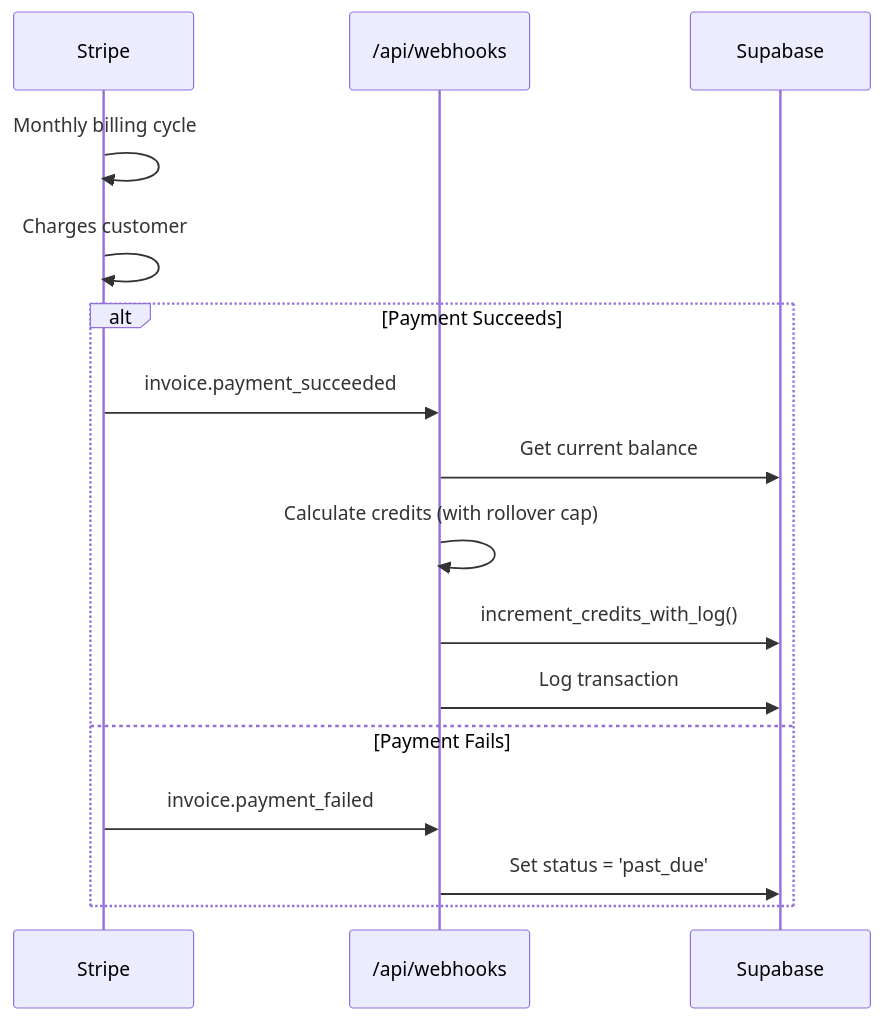
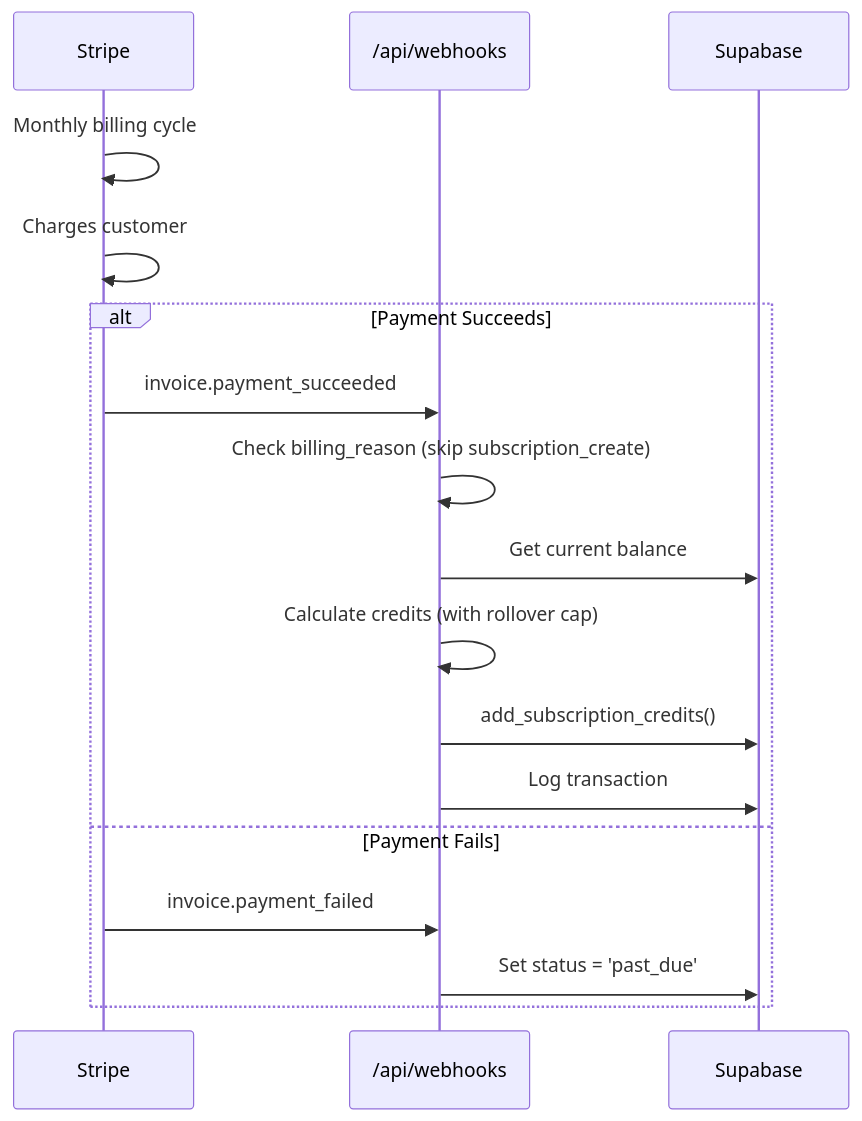
One commit to ColdstartLabs-ca/astro-saas-boilerplate changed the third of 7 diagrams in docs/technical/systems/subscription-system.md. Above: the diagram before and after it, drawn with Mermaid. The commit also changed other lines of this file and 8 other files, not shown here.

````diff
--- a/docs/technical/systems/subscription-system.md
+++ b/docs/technical/systems/subscription-system.md
@@ -213,20 +192,21 @@
 ```mermaid
 sequenceDiagram
     participant S as Stripe
     participant WH as /api/webhooks
     participant DB as Supabase
 
     S->>S: Monthly billing cycle
     S->>S: Charges customer
 
     alt Payment Succeeds
         S->>WH: invoice.payment_succeeded
+        WH->>WH: Check billing_reason (skip subscription_create)
         WH->>DB: Get current balance
         WH->>WH: Calculate credits (with rollover cap)
-        WH->>DB: increment_credits_with_log()
+        WH->>DB: add_subscription_credits()
         WH->>DB: Log transaction
     else Payment Fails
         S->>WH: invoice.payment_failed
         WH->>DB: Set status = 'past_due'
     end
 ```
````
